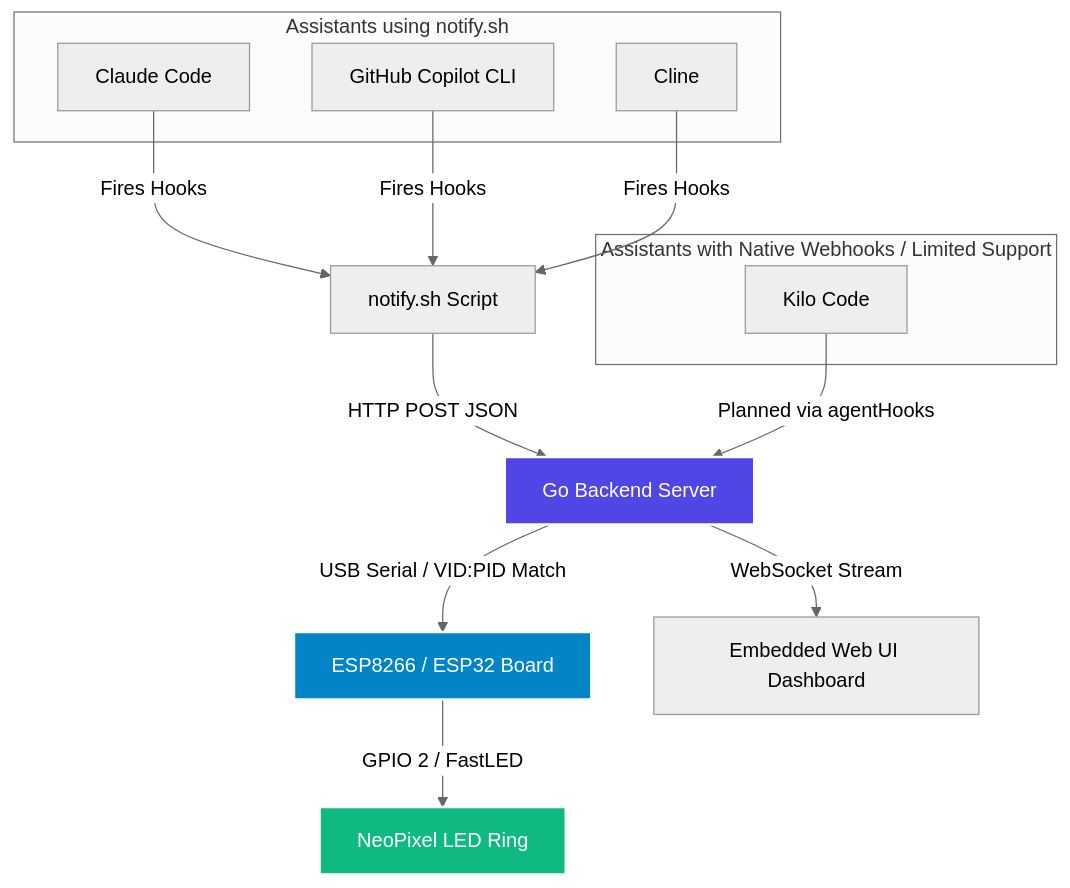
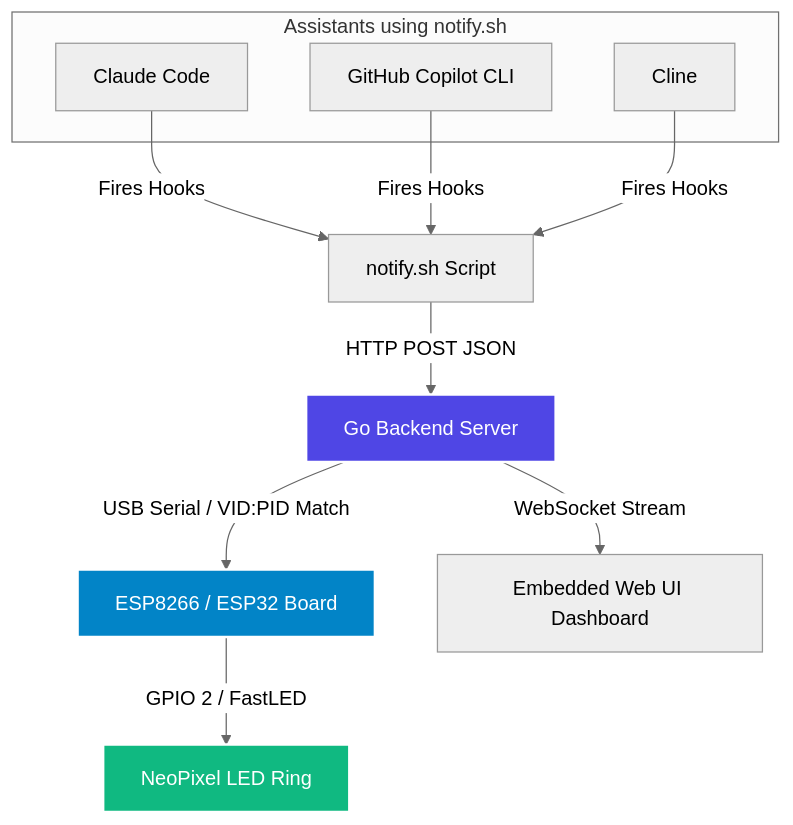
Before and after one commit to nmaiti/Geeky-AI-Progress: the diagram in README.md, drawn with Mermaid (neutral theme). The commit also changed other lines of this file and 1 other file, not shown here.

Commit message:
Remove all Kilo Code references (no hooks available)

````diff
--- a/README.md
+++ b/README.md
@@ -10,26 +10,22 @@
 ```mermaid
 graph TD
     subgraph HookClients ["Assistants using notify.sh"]
         CC[Claude Code]
         CP[GitHub Copilot CLI]
         CL[Cline]
     end
 
-    subgraph NativeClient ["Assistants with Native Webhooks / Limited Support"]
-        KC[Kilo Code]
-    end
 
     CC & CP & CL -->|Fires Hooks| NS[notify.sh Script]
     NS -->|HTTP POST JSON| GS[Go Backend Server]
     
-    KC -->|Planned via agentHooks| GS
 
     GS -->|USB Serial / VID:PID Match| HW[ESP8266 / ESP32 Board]
     HW -->|GPIO 2 / FastLED| LED[NeoPixel LED Ring]
     
     GS -->|WebSocket Stream| UI[Embedded Web UI Dashboard]
 
     style GS fill:#4f46e5,stroke:#fff,stroke-width:2px,color:#fff
     style HW fill:#0284c7,stroke:#fff,stroke-width:2px,color:#fff
     style LED fill:#10b981,stroke:#fff,stroke-width:2px,color:#fff
 ```
````
